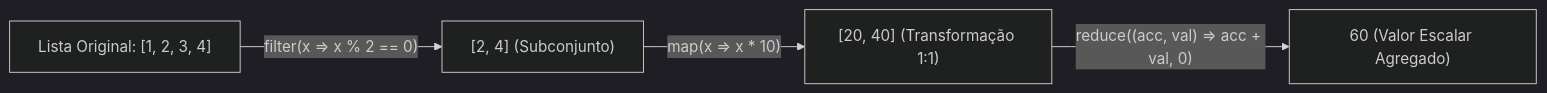
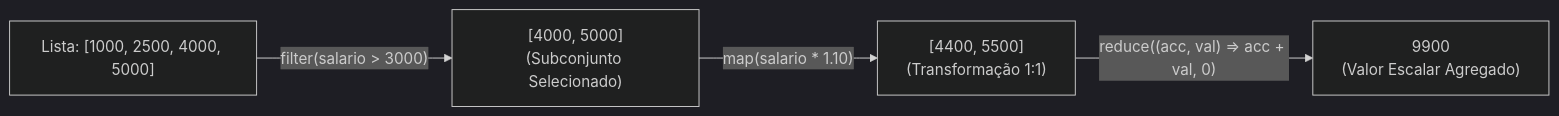
Before and after one commit to thiagosantos346/TCE-GO-2027: the fourth of 4 diagrams in fontes_de_estudo/conhecimentos_especificos_b02_ti/05_desenvolvimento_de_sistemas/01_algoritmos_estruturas_de_dados_e_paradigmas.md, drawn with Mermaid (dark theme). The commit also changed other lines of this file and 119 other files, not shown here.

````diff
--- a/fontes_de_estudo/conhecimentos_especificos_b02_ti/05_desenvolvimento_de_sistemas/01_algoritmos_estruturas_de_dados_e_paradigmas.md
+++ b/fontes_de_estudo/conhecimentos_especificos_b02_ti/05_desenvolvimento_de_sistemas/01_algoritmos_estruturas_de_dados_e_paradigmas.md
@@ -271,7 +253,7 @@
 ```mermaid
 flowchart LR
-    Origem["Lista Original: [1, 2, 3, 4]"]
-    Origem -->|"filter(x => x % 2 == 0)"| Filtro["[2, 4] (Subconjunto)"]
-    Filtro -->|"map(x => x * 10)"| Mapeado["[20, 40] (Transformação 1:1)"]
-    Mapeado -->|"reduce((acc, val) => acc + val, 0)"| Reduzido["60 (Valor Escalar Agregado)"]
+    Origem["Lista: [1000, 2500, 4000, 5000]"]
+    Origem -->|"filter(salario > 3000)"| Filtro["[4000, 5000]<br/>(Subconjunto Selecionado)"]
+    Filtro -->|"map(salario * 1.10)"| Mapeado["[4400, 5500]<br/>(Transformação 1:1)"]
+    Mapeado -->|"reduce((acc, val) => acc + val, 0)"| Reduzido["9900<br/>(Valor Escalar Agregado)"]
 ```
````
